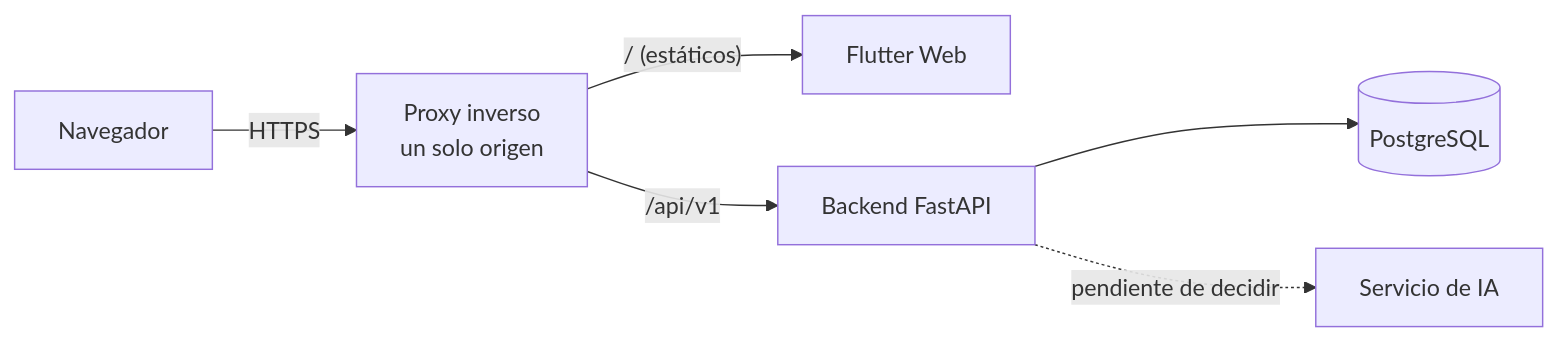
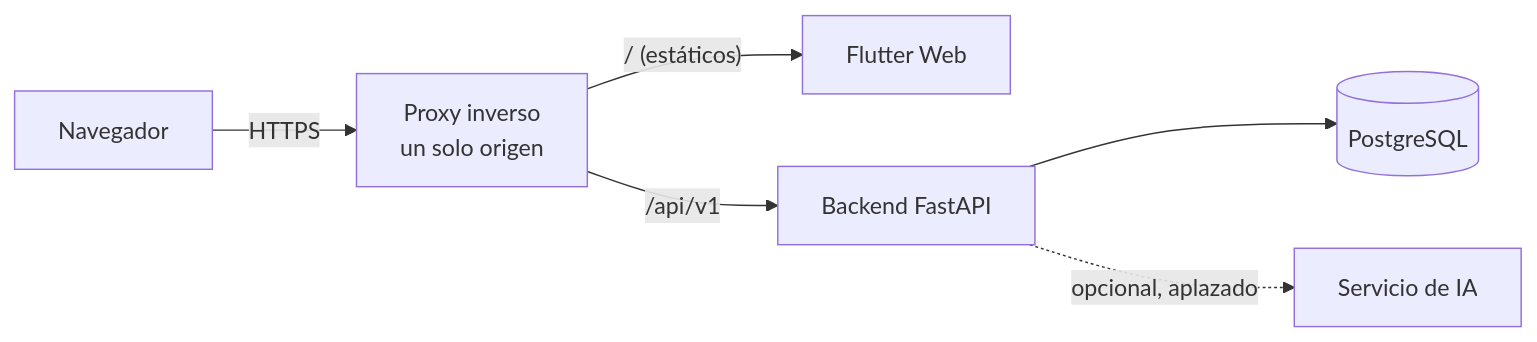
Before and after one commit to marlonbossa09/AI4Devs-finalproject: the third of 4 diagrams in readme.md, drawn with Mermaid. The commit also changed other lines of this file, not shown here.

````diff
--- a/readme.md
+++ b/readme.md
@@ -392,8 +416,8 @@
 ```mermaid
 flowchart LR
     N["Navegador"] -->|HTTPS| P["Proxy inverso<br/>un solo origen"]
     P -->|"/ (estáticos)"| F["Flutter Web"]
     P -->|"/api/v1"| B["Backend FastAPI"]
     B --> D[("PostgreSQL")]
-    B -.->|"pendiente de decidir"| I["Servicio de IA"]
+    B -.->|"opcional, aplazado"| I["Servicio de IA"]
 ```
````
